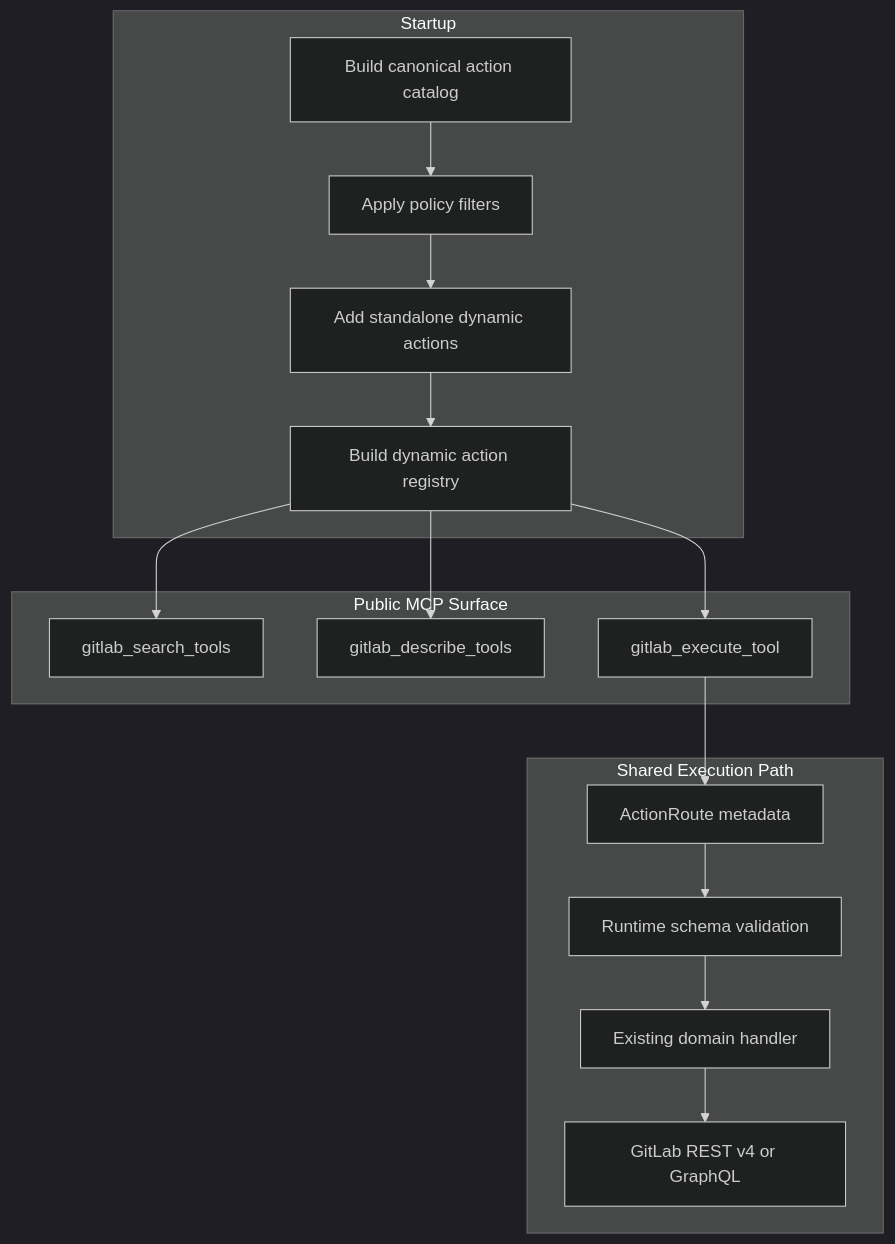
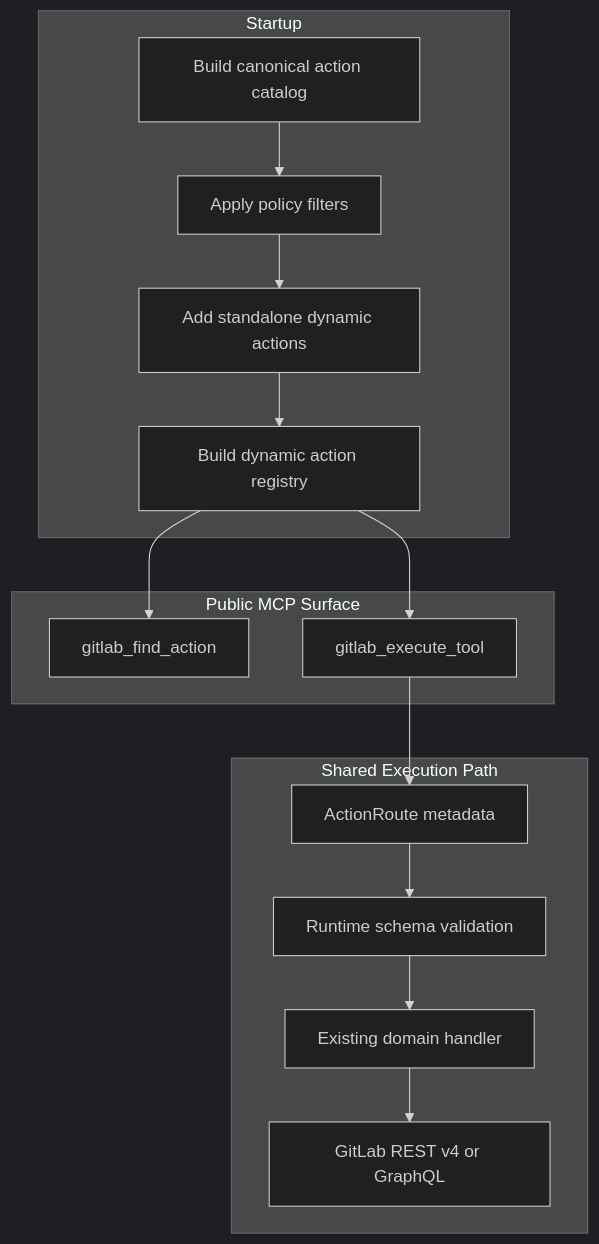
One commit to jmrplens/gitlab-mcp-server changed the second of 2 diagrams in docs/dynamic-tools.md. Above: the diagram before and after it, drawn with Mermaid (dark theme). The commit also changed other lines of this file and 179 other files, not shown here.

````diff
--- a/docs/dynamic-tools.md
+++ b/docs/dynamic-tools.md
@@ -299,28 +250,26 @@
 ```mermaid
 flowchart TD
   subgraph Startup
     A[Build canonical action catalog]
     B[Apply policy filters]
     C[Add standalone dynamic actions]
     D[Build dynamic action registry]
   end
 
     subgraph Public MCP Surface
-        E[gitlab_search_tools]
-        F[gitlab_describe_tools]
+        E[gitlab_find_action]
         G[gitlab_execute_tool]
     end
 
     subgraph Shared Execution Path
         H[ActionRoute metadata]
         I[Runtime schema validation]
         J[Existing domain handler]
         K[GitLab REST v4 or GraphQL]
     end
 
     A --> B --> C --> D
     D --> E
-    D --> F
     D --> G
     G --> H --> I --> J --> K
 ```
````
